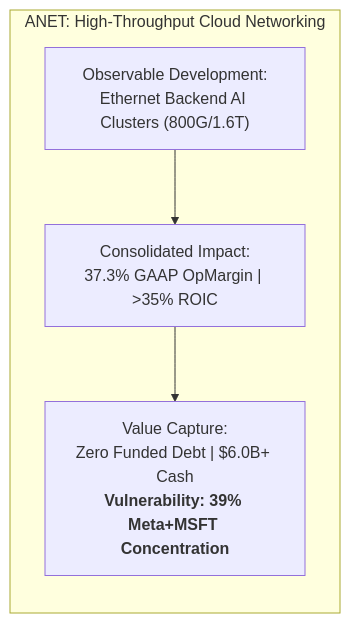
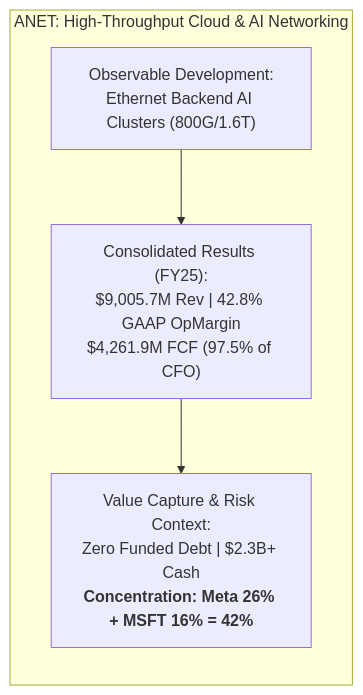
The first of 3 diagrams in docs/research/evidence_led_discovery/DISCOVERY_OPPORTUNITY_RECORDS.md (daakara/finance), drawn with Mermaid before and after one commit. The commit also changed other lines of this file and 5 other files, not shown here.

````diff
--- a/docs/research/evidence_led_discovery/DISCOVERY_OPPORTUNITY_RECORDS.md
+++ b/docs/research/evidence_led_discovery/DISCOVERY_OPPORTUNITY_RECORDS.md
@@ -25,9 +31,9 @@
 ```mermaid
 flowchart LR
-    subgraph ANET_Profile["ANET: High-Throughput Cloud Networking"]
+    subgraph ANET_Profile["ANET: High-Throughput Cloud & AI Networking"]
         Dev["Observable Development:<br/>Ethernet Backend AI Clusters (800G/1.6T)"]
-        Econ["Consolidated Impact:<br/>37.3% GAAP OpMargin | >35% ROIC"]
-        Cap["Value Capture:<br/>Zero Funded Debt | $6.0B+ Cash<br/><b>Vulnerability: 39% Meta+MSFT Concentration</b>"]
+        Econ["Consolidated Results (FY25):<br/>$9,005.7M Rev | 42.8% GAAP OpMargin<br/>$4,261.9M FCF (97.5% of CFO)"]
+        Cap["Value Capture & Risk Context:<br/>Zero Funded Debt | $2.3B+ Cash<br/><b>Concentration: Meta 26% + MSFT 16% = 42%</b>"]
     end
     Dev --> Econ --> Cap
 ```
````
